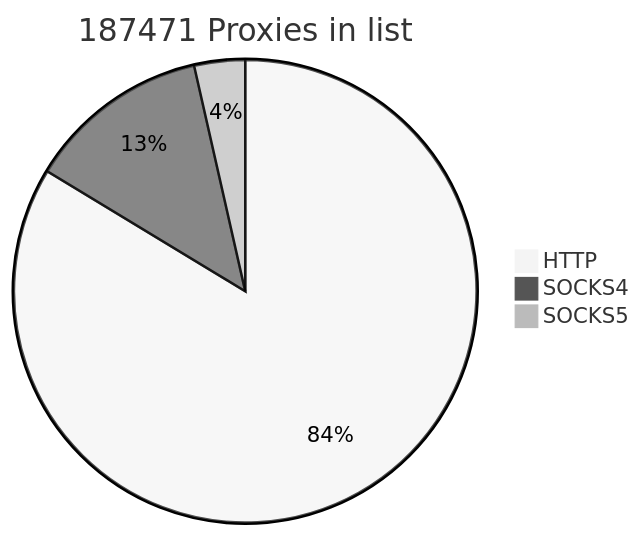
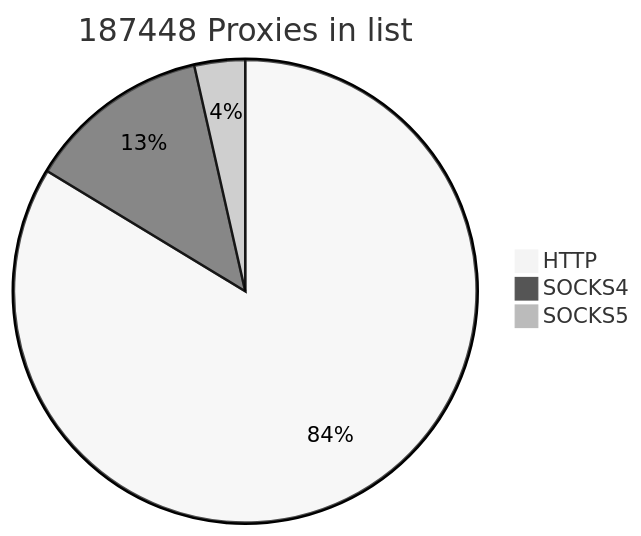
Before and after one commit to cutipu/proxylist: the first of 2 diagrams in README.md, drawn with Mermaid (neutral theme). The commit also changed other lines of this file, not shown here.

````diff
--- a/README.md
+++ b/README.md
@@ -2,7 +2,7 @@
 ```mermaid
-pie title 187471 Proxies in list
+pie title 187448 Proxies in list
     "HTTP" : 156857
     "SOCKS4" : 23958
-    "SOCKS5" : 6656
+    "SOCKS5" : 6633
             
 ```
````
